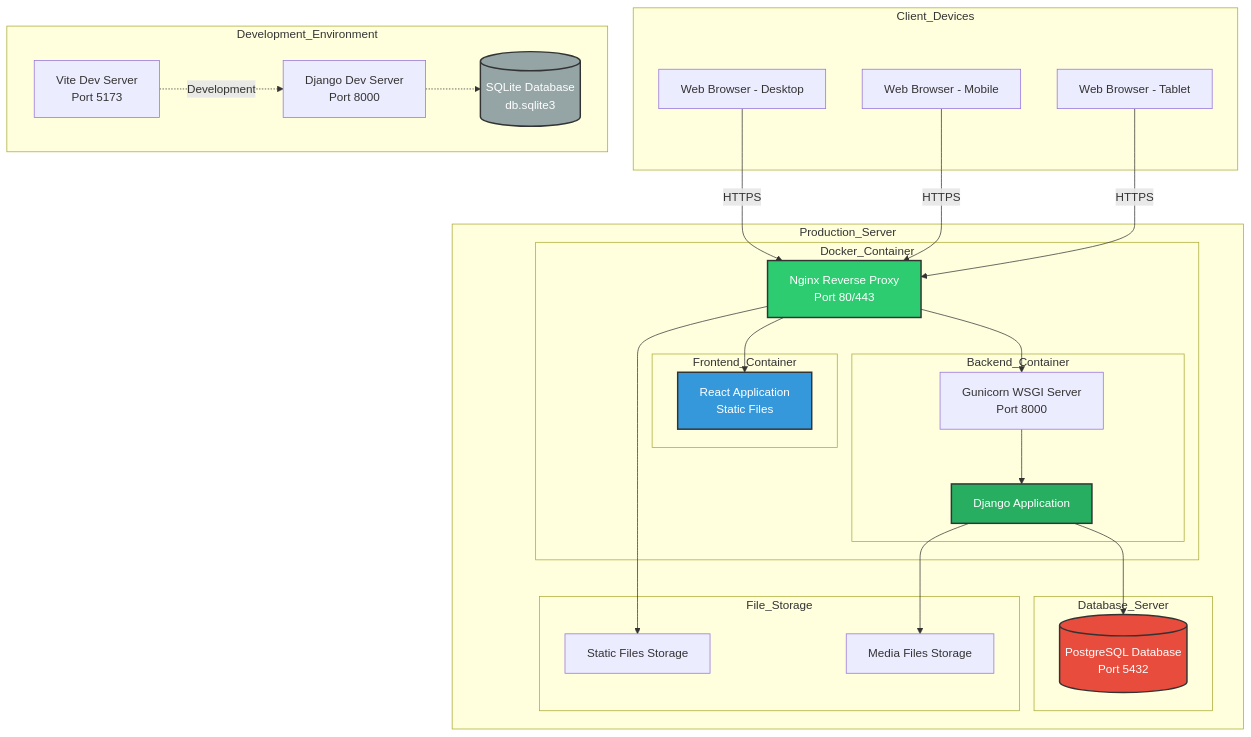
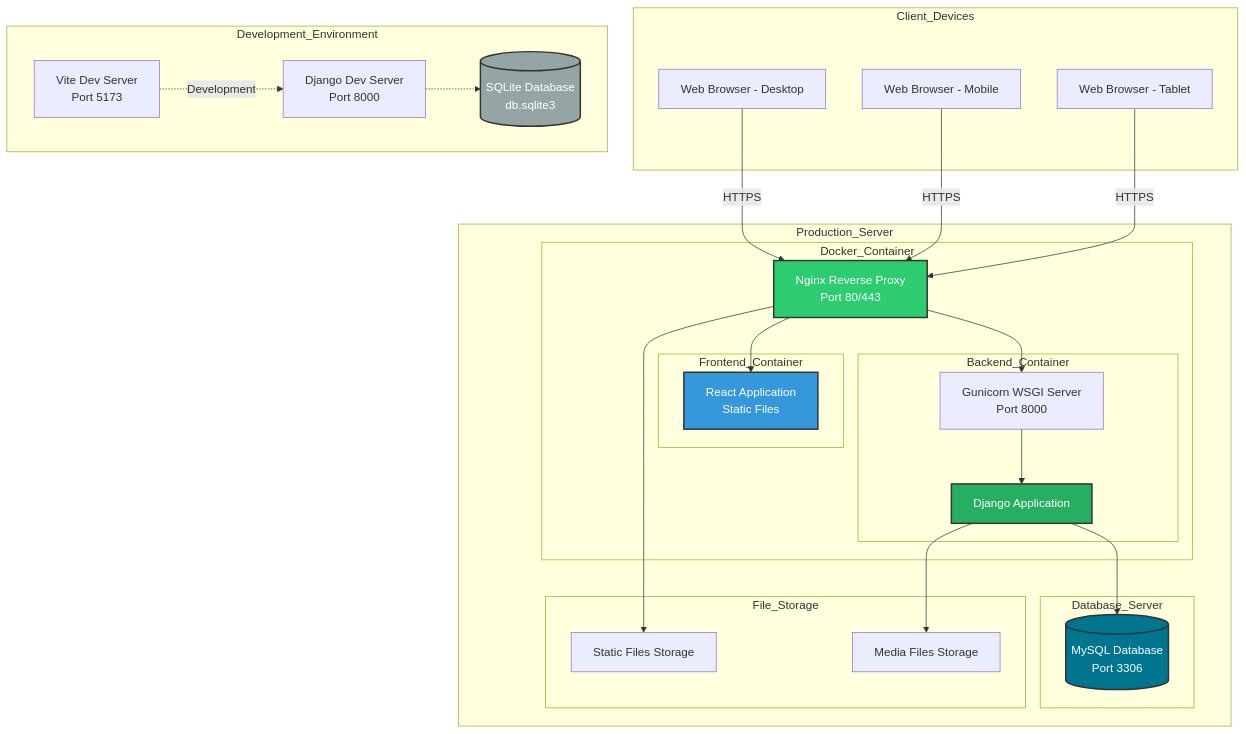
One commit to gaurav012005/DialysisTrack_final changed diagram 20 of 21 in UML/diagram.md. Above: the diagram before and after it, drawn with Mermaid. The commit also changed 80 other files, not shown here.

````diff
--- a/UML/diagram.md
+++ b/UML/diagram.md
@@ -1316,59 +1316,59 @@
 ```mermaid
 graph TB
     subgraph Client_Devices
         Browser1[Web Browser - Desktop]
         Browser2[Web Browser - Mobile]
         Browser3[Web Browser - Tablet]
     end
     
     subgraph Production_Server
         subgraph Docker_Container
             Nginx[Nginx Reverse Proxy<br/>Port 80/443]
             
             subgraph Frontend_Container
                 ReactApp[React Application<br/>Static Files]
             end
             
             subgraph Backend_Container
                 Gunicorn[Gunicorn WSGI Server<br/>Port 8000]
                 Django[Django Application]
             end
         end
         
         subgraph Database_Server
-            PostgreSQL[(PostgreSQL Database<br/>Port 5432)]
+            MySQL[(MySQL Database<br/>Port 3306)]
         end
         
         subgraph File_Storage
             StaticFiles[Static Files Storage]
             MediaFiles[Media Files Storage]
         end
     end
     
     subgraph Development_Environment
         ViteDev[Vite Dev Server<br/>Port 5173]
         DjangoDevServer[Django Dev Server<br/>Port 8000]
         SQLite[(SQLite Database<br/>db.sqlite3)]
     end
     
     Browser1 -->|HTTPS| Nginx
     Browser2 -->|HTTPS| Nginx
     Browser3 -->|HTTPS| Nginx
     
     Nginx --> ReactApp
     Nginx --> Gunicorn
     Nginx --> StaticFiles
     
     Gunicorn --> Django
-    Django --> PostgreSQL
+    Django --> MySQL
     Django --> MediaFiles
     
     ViteDev -.->|Development| DjangoDevServer
     DjangoDevServer -.-> SQLite
     
     style Nginx fill:#2ecc71,stroke:#333,stroke-width:2px,color:#fff
     style ReactApp fill:#3498db,stroke:#333,stroke-width:2px,color:#fff
     style Django fill:#27ae60,stroke:#333,stroke-width:2px,color:#fff
-    style PostgreSQL fill:#e74c3c,stroke:#333,stroke-width:2px,color:#fff
+    style MySQL fill:#00758f,stroke:#333,stroke-width:2px,color:#fff
     style SQLite fill:#95a5a6,stroke:#333,stroke-width:2px,color:#fff
 ```
````
